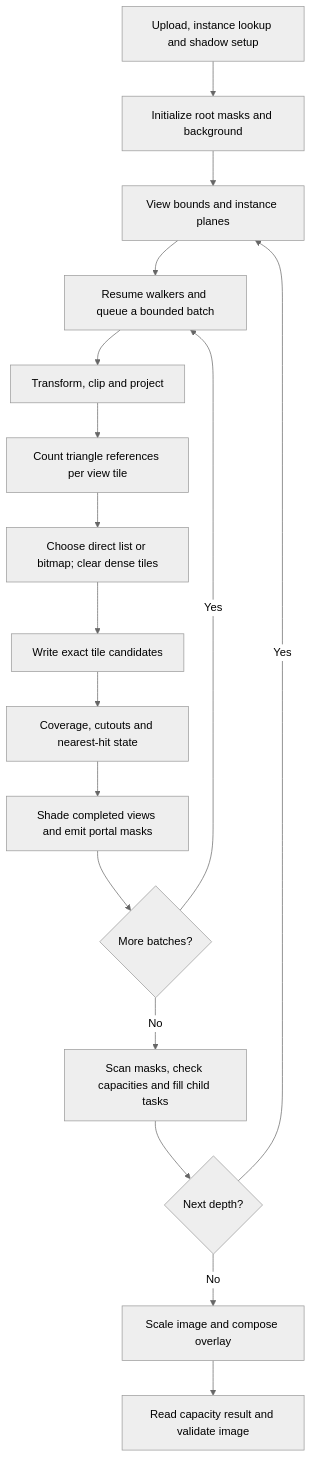
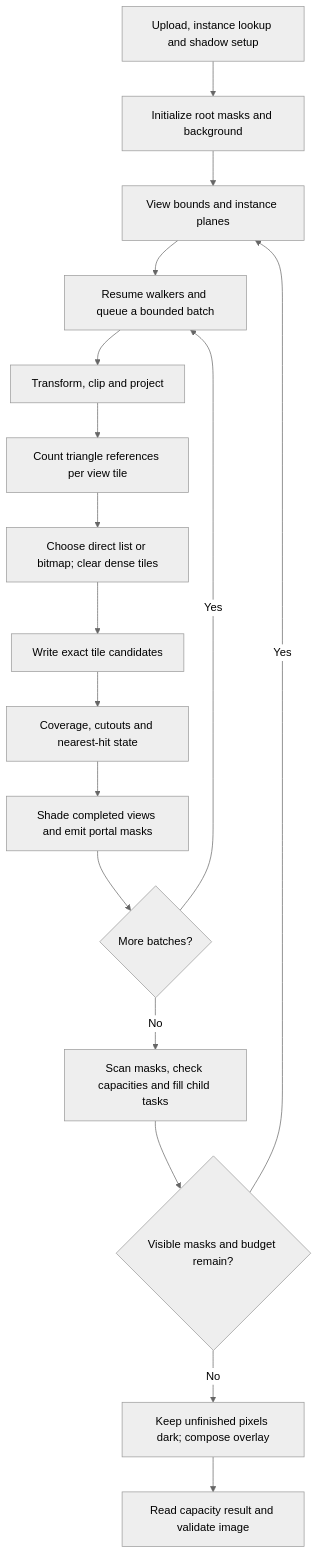
One commit to Hardcode84/10 changed the third of 8 diagrams in docs/render/rendering.md. Above: the diagram before and after it, drawn with Mermaid (neutral theme). The commit also changed other lines of this file and 53 other files, not shown here.

````diff
--- a/docs/render/rendering.md
+++ b/docs/render/rendering.md
@@ -174,19 +174,19 @@
 ```mermaid
 flowchart TD
     setup["Upload, instance lookup and shadow setup"] --> init["Initialize root masks and background"]
     init --> visibility["View bounds and instance planes"]
     visibility --> plan["Resume walkers and queue a bounded batch"]
     plan --> project["Transform, clip and project"]
     project --> count["Count triangle references per view tile"]
     count --> clear["Choose direct list or bitmap; clear dense tiles"]
     clear --> bin["Write exact tile candidates"]
     bin --> raster["Coverage, cutouts and nearest-hit state"]
     raster --> shade["Shade completed views and emit portal masks"]
     shade --> batch{"More batches?"}
     batch -- Yes --> plan
     batch -- No --> children["Scan masks, check capacities and fill child tasks"]
-    children --> depth{"Next depth?"}
-    depth -- Yes --> visibility
-    depth -- No --> compose["Scale image and compose overlay"]
+    children --> budget{"Visible masks and budget remain?"}
+    budget -- Yes --> visibility
+    budget -- No --> compose["Keep unfinished pixels dark; compose overlay"]
     compose --> check["Read capacity result and validate image"]
 ```
````
